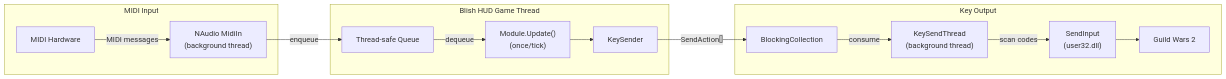
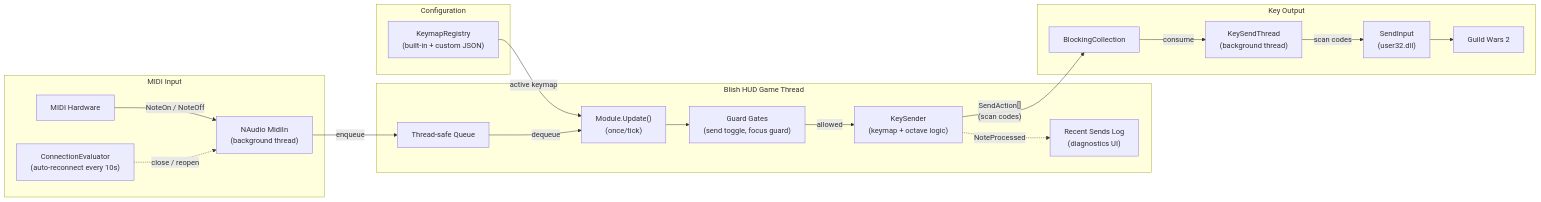
Before and after one commit to davidlukerice/blish-hud-midi-control: the diagram in README.md, drawn with Mermaid. The commit also changed other lines of this file, not shown here.

Commit message:
update diagram

````diff
--- a/README.md
+++ b/README.md
@@ -14,29 +14,40 @@
 ```mermaid
 flowchart LR
     subgraph Input["MIDI Input"]
         Device["MIDI Hardware"]
         MidiIn["NAudio MidiIn\n(background thread)"]
+        Eval["ConnectionEvaluator\n(auto-reconnect every 10s)"]
+    end
+
+    subgraph Config["Configuration"]
+        KR["KeymapRegistry\n(built-in + custom JSON)"]
     end
 
     subgraph Processing["Blish HUD Game Thread"]
         Queue["Thread-safe Queue"]
         Mod["Module.Update()\n(once/tick)"]
-        KS["KeySender"]
+        Gates["Guard Gates\n(send toggle, focus guard)"]
+        KS["KeySender\n(keymap + octave logic)"]
+        Diag["Recent Sends Log\n(diagnostics UI)"]
     end
 
     subgraph Output["Key Output"]
         KSQueue["BlockingCollection"]
         KST["KeySendThread\n(background thread)"]
         SI["SendInput\n(user32.dll)"]
         GW2["Guild Wars 2"]
     end
 
-    Device -->|MIDI messages| MidiIn
+    Device -->|NoteOn / NoteOff| MidiIn
     MidiIn -->|enqueue| Queue
+    Eval -.->|close / reopen| MidiIn
+    KR -->|active keymap| Mod
     Queue -->|dequeue| Mod
-    Mod --> KS
-    KS -->|"SendAction[]"| KSQueue
+    Mod --> Gates
+    Gates -->|allowed| KS
+    KS -->|"SendAction[]\n(scan codes)"| KSQueue
+    KS -.->|NoteProcessed| Diag
     KSQueue -->|consume| KST
     KST -->|scan codes| SI
     SI --> GW2
 ```
````
